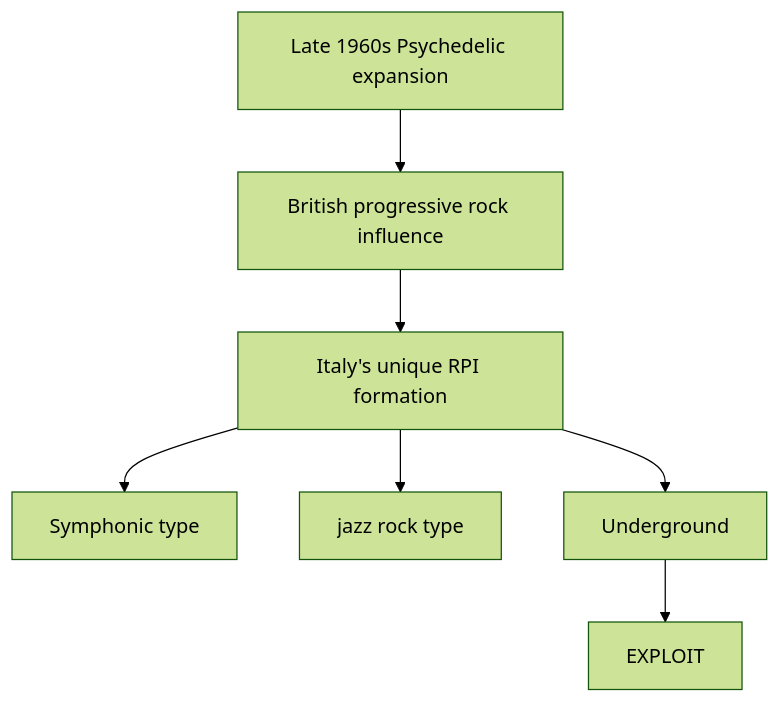
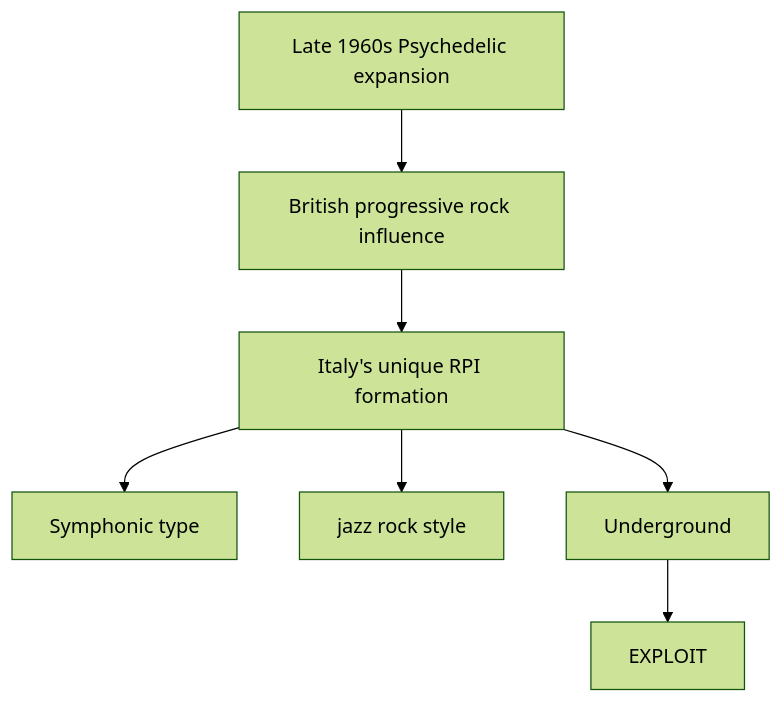
Before and after one commit to monumental-movement/monumental-movement.github.io: the first of 6 diagrams in en/_posts/2026-05-16-column-exploit.md, drawn with Mermaid (forest theme). The commit also changed other lines of this file and 851 other files, not shown here.

```diff
--- a/en/_posts/2026-05-16-column-exploit.md
+++ b/en/_posts/2026-05-16-column-exploit.md
@@ -79,9 +79,9 @@
 <div class="mermaid">
 graph TD
 A[Late 1960s Psychedelic expansion] --> B[British progressive rock influence]
 B --> C[Italy's unique RPI formation]
 C --> D[Symphonic type]
-C --> E[jazz rock type]
+C --> E[jazz rock style]
 C --> F[Underground]
 F --> G[EXPLOIT]
 </div>
```
